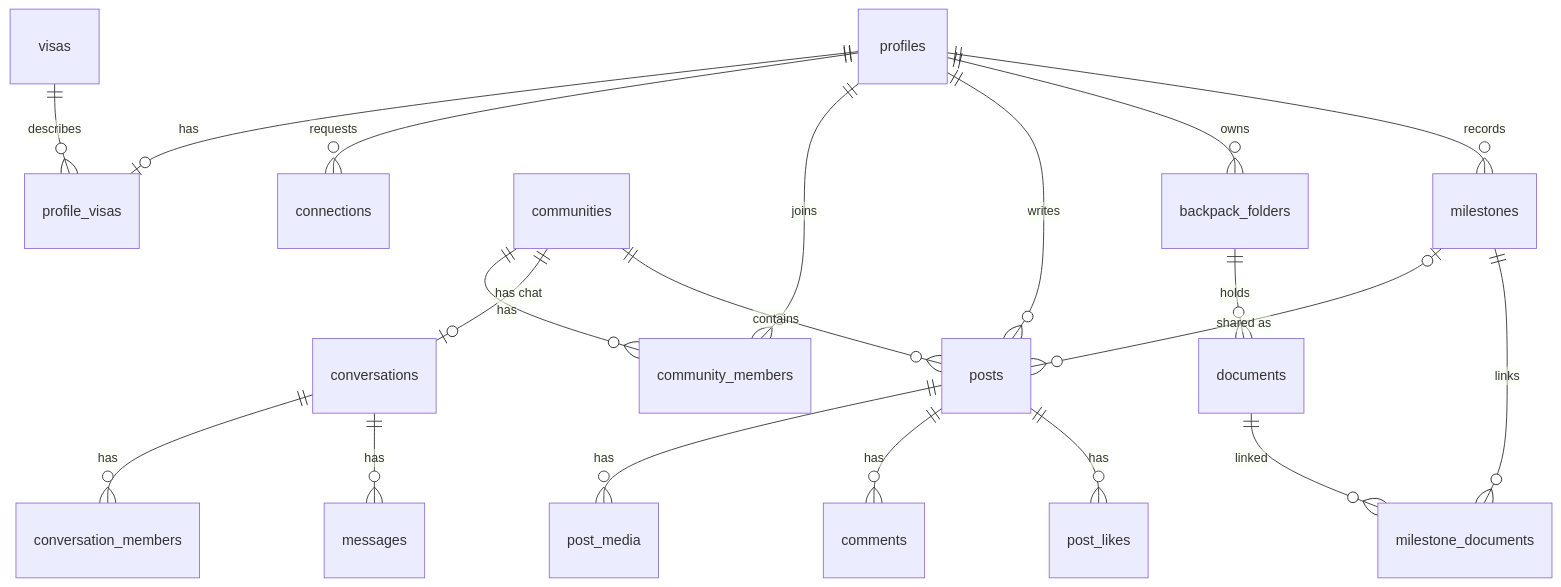
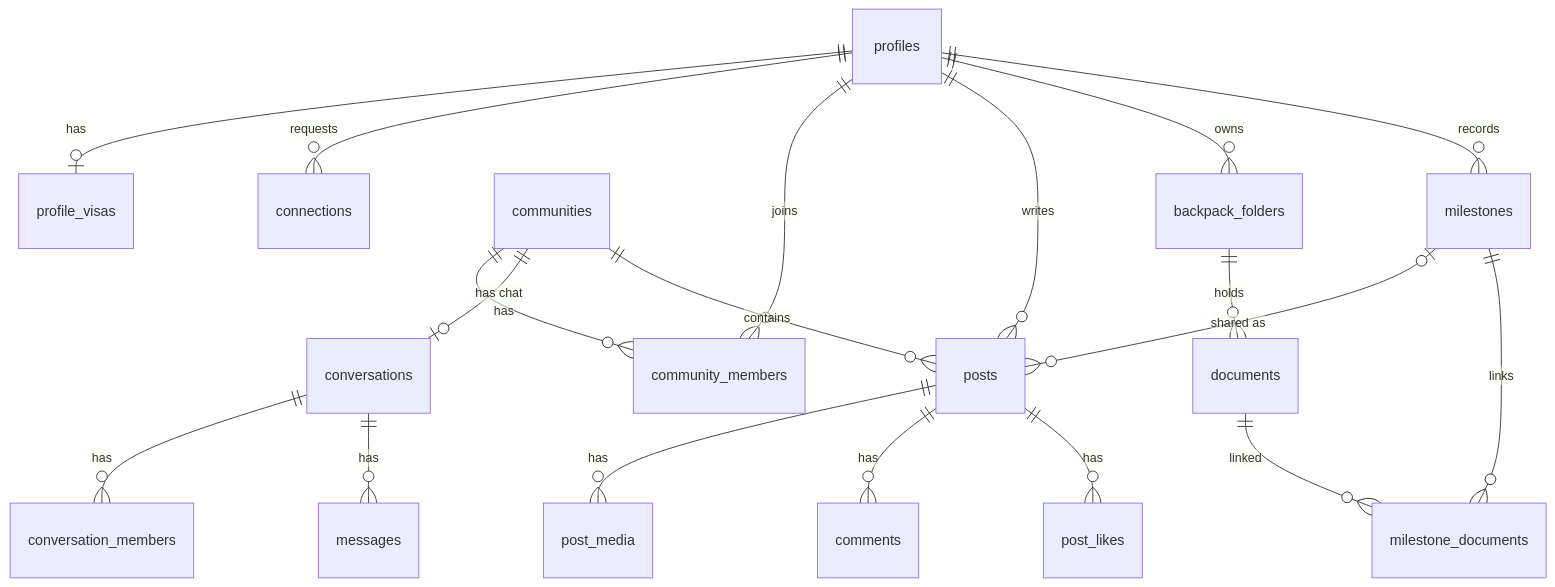
The diagram in docs/arriv-mvp-spec.md (Davidpv7/arriv-project), drawn with Mermaid before and after one commit. The commit also changed other lines of this file and 3 other files, not shown here.

````diff
--- a/docs/arriv-mvp-spec.md
+++ b/docs/arriv-mvp-spec.md
@@ -261,22 +246,21 @@
 ```mermaid
 erDiagram
   profiles ||--o| profile_visas : has
   profiles ||--o{ connections : requests
   profiles ||--o{ community_members : joins
   communities ||--o{ community_members : has
   communities ||--o| conversations : "has chat"
   profiles ||--o{ posts : writes
   communities ||--o{ posts : contains
   posts ||--o{ post_media : has
   posts ||--o{ comments : has
   posts ||--o{ post_likes : has
   milestones |o--o{ posts : "shared as"
   conversations ||--o{ conversation_members : has
   conversations ||--o{ messages : has
   profiles ||--o{ backpack_folders : owns
   backpack_folders ||--o{ documents : holds
   profiles ||--o{ milestones : records
   milestones ||--o{ milestone_documents : links
   documents ||--o{ milestone_documents : linked
-  visas ||--o{ profile_visas : describes
 ```
````
